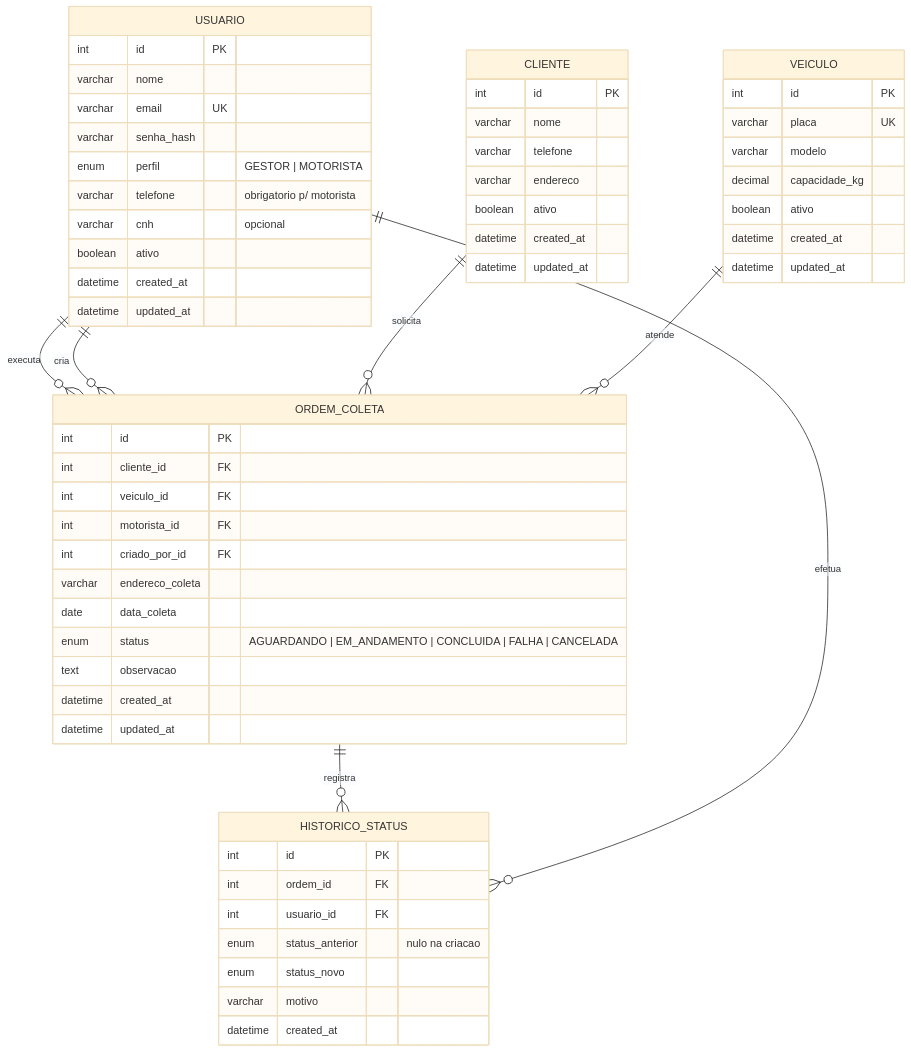
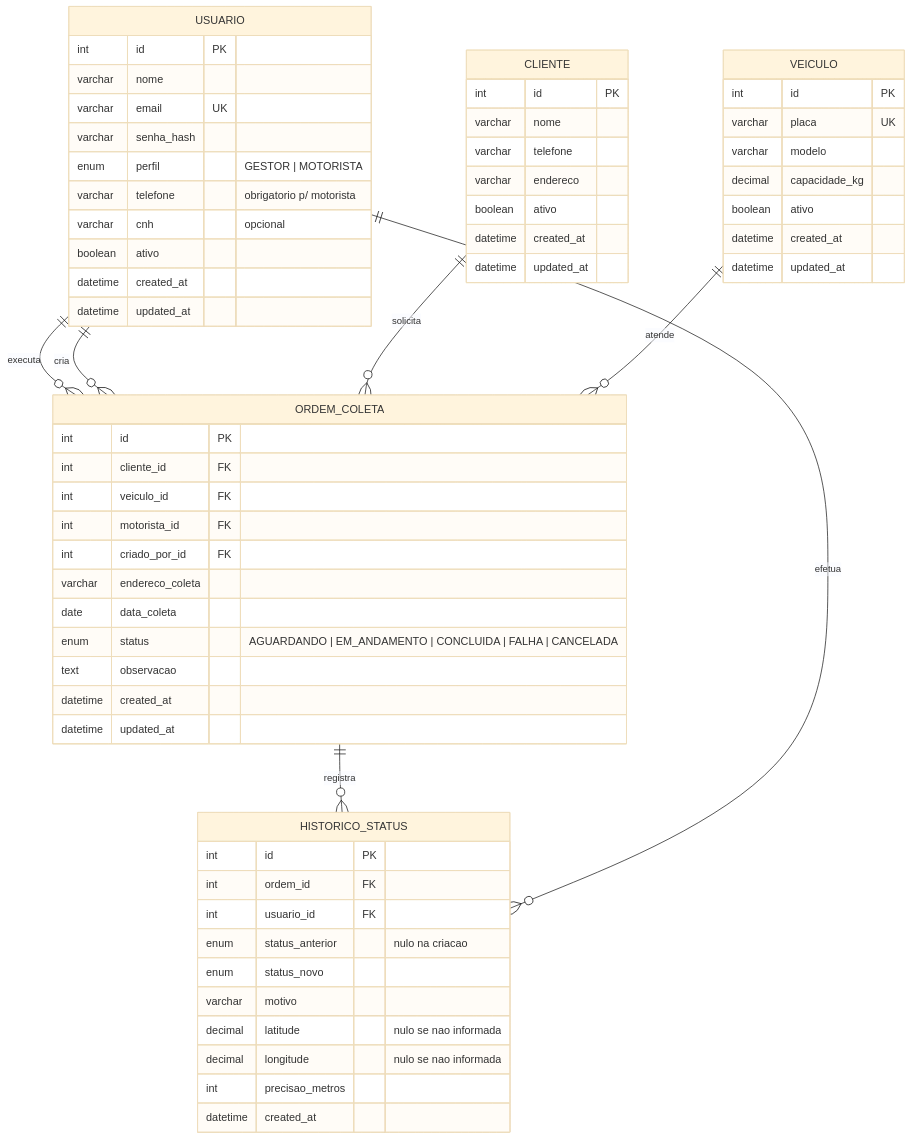
Before and after one commit to guifreiberger/sigcf: the first of 2 diagrams in docs/der.md, drawn with Mermaid (base theme). The commit also changed other lines of this file and 1 other file, not shown here.

Commit message:
docs: documenta o registro de localização na API e no modelo de dados

````diff
--- a/docs/der.md
+++ b/docs/der.md
@@ -3,66 +3,69 @@
 ```mermaid
 erDiagram
     USUARIO ||--o{ ORDEM_COLETA : "executa"
     USUARIO ||--o{ ORDEM_COLETA : "cria"
     CLIENTE ||--o{ ORDEM_COLETA : "solicita"
     VEICULO ||--o{ ORDEM_COLETA : "atende"
     ORDEM_COLETA ||--o{ HISTORICO_STATUS : "registra"
     USUARIO ||--o{ HISTORICO_STATUS : "efetua"
 
     USUARIO {
         int id PK
         varchar nome
         varchar email UK
         varchar senha_hash
         enum perfil "GESTOR | MOTORISTA"
         varchar telefone "obrigatorio p/ motorista"
         varchar cnh "opcional"
         boolean ativo
         datetime created_at
         datetime updated_at
     }
 
     VEICULO {
         int id PK
         varchar placa UK
         varchar modelo
         decimal capacidade_kg
         boolean ativo
         datetime created_at
         datetime updated_at
     }
 
     CLIENTE {
         int id PK
         varchar nome
         varchar telefone
         varchar endereco
         boolean ativo
         datetime created_at
         datetime updated_at
     }
 
     ORDEM_COLETA {
         int id PK
         int cliente_id FK
         int veiculo_id FK
         int motorista_id FK
         int criado_por_id FK
         varchar endereco_coleta
         date data_coleta
         enum status "AGUARDANDO | EM_ANDAMENTO | CONCLUIDA | FALHA | CANCELADA"
         text observacao
         datetime created_at
         datetime updated_at
     }
 
     HISTORICO_STATUS {
         int id PK
         int ordem_id FK
         int usuario_id FK
         enum status_anterior "nulo na criacao"
         enum status_novo
         varchar motivo
+        decimal latitude "nulo se nao informada"
+        decimal longitude "nulo se nao informada"
+        int precisao_metros
         datetime created_at
     }
 ```
````
